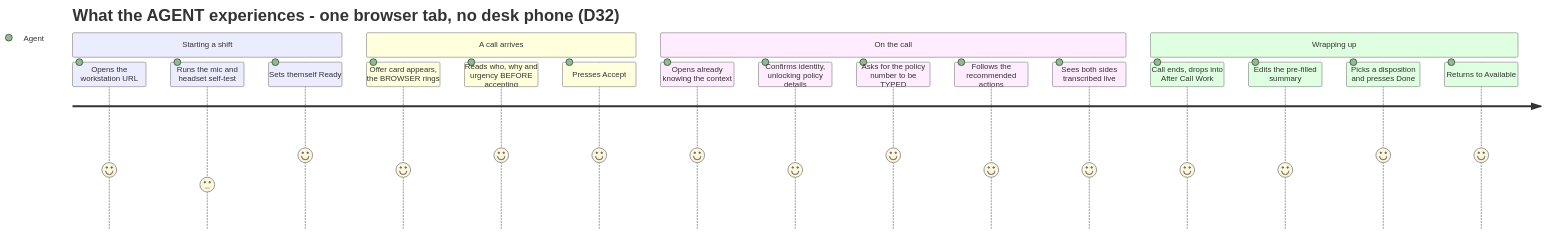
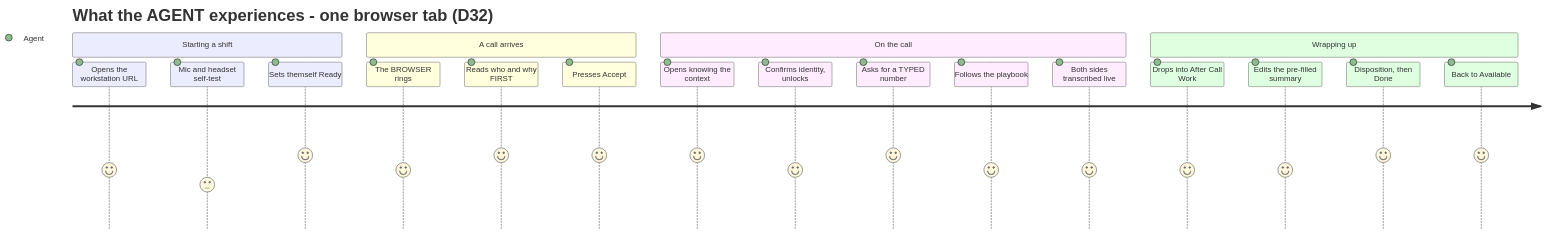
One commit to anakom-suvonvorn/Krungsri-ReadyCall changed the diagram in docs/diagrams/src/agent_journey.mmd. Above: the diagram before and after it, drawn with Mermaid. The commit also changed 4 other files, not shown here.

```diff
--- a/docs/diagrams/src/agent_journey.mmd
+++ b/docs/diagrams/src/agent_journey.mmd
@@ -1,22 +1,22 @@
 %% HANDWRITTEN. Checked against D32 + D33 + ARCHITECTURE.md S9
 journey
-    title What the AGENT experiences - one browser tab, no desk phone (D32)
+    title What the AGENT experiences - one browser tab (D32)
     section Starting a shift
       Opens the workstation URL: 4: Agent
-      Runs the mic and headset self-test: 3: Agent
+      Mic and headset self-test: 3: Agent
       Sets themself Ready: 5: Agent
     section A call arrives
-      Offer card appears, the BROWSER rings: 4: Agent
-      Reads who, why and urgency BEFORE accepting: 5: Agent
+      The BROWSER rings: 4: Agent
+      Reads who and why FIRST: 5: Agent
       Presses Accept: 5: Agent
     section On the call
-      Opens already knowing the context: 5: Agent
-      Confirms identity, unlocking policy details: 4: Agent
-      Asks for the policy number to be TYPED: 5: Agent
-      Follows the recommended actions: 4: Agent
-      Sees both sides transcribed live: 4: Agent
+      Opens knowing the context: 5: Agent
+      Confirms identity, unlocks: 4: Agent
+      Asks for a TYPED number: 5: Agent
+      Follows the playbook: 4: Agent
+      Both sides transcribed live: 4: Agent
     section Wrapping up
-      Call ends, drops into After Call Work: 4: Agent
+      Drops into After Call Work: 4: Agent
       Edits the pre-filled summary: 4: Agent
-      Picks a disposition and presses Done: 5: Agent
-      Returns to Available: 5: Agent
+      Disposition, then Done: 5: Agent
+      Back to Available: 5: Agent
```
